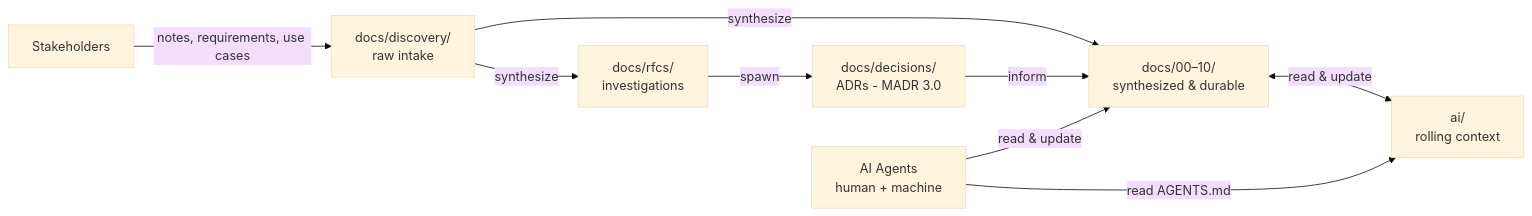
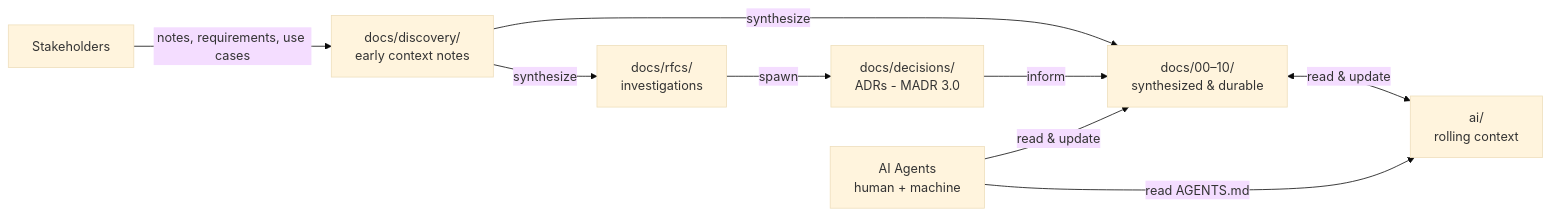
One commit to swanson-dev/Repo-Standards-Kit changed the first of 2 diagrams in docs/02-architecture.md. Above: the diagram before and after it, drawn with Mermaid (base theme). The commit also changed other lines of this file and 64 other files, not shown here.

````diff
--- a/docs/02-architecture.md
+++ b/docs/02-architecture.md
@@ -7,18 +7,18 @@
 ```mermaid
 flowchart LR
   Stakeholders[Stakeholders] -->|notes, requirements, use cases| Discovery
-  Discovery[docs/discovery/<br/>raw intake]
+  Discovery[docs/discovery/<br/>early context notes]
   RFCs[docs/rfcs/<br/>investigations]
   Decisions[docs/decisions/<br/>ADRs - MADR 3.0]
   Numbered[docs/00–10/<br/>synthesized & durable]
   AI[ai/<br/>rolling context]
   Agents[AI Agents<br/>human + machine]
 
   Discovery -->|synthesize| RFCs
   Discovery -->|synthesize| Numbered
   RFCs -->|spawn| Decisions
   Decisions -->|inform| Numbered
   Numbered <-->|read & update| AI
   Agents -->|read AGENTS.md| AI
   Agents -->|read & update| Numbered
 ```
````
